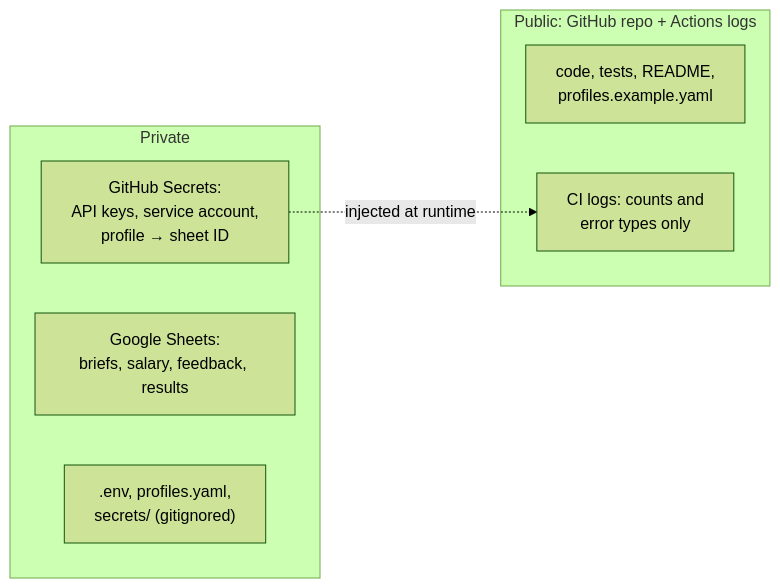
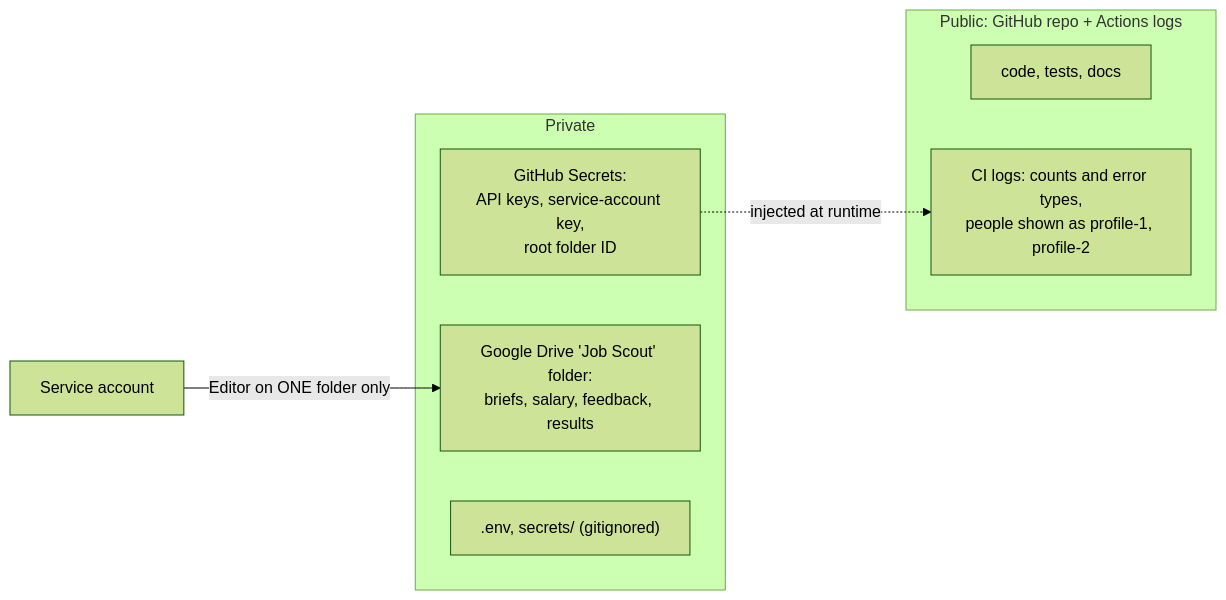
The fifth of 5 diagrams in docs/ARCHITECTURE.md (juliavasan/job-scout), drawn with Mermaid (forest theme) before and after one commit. The commit also changed other lines of this file and 12 other files, not shown here.

First line of the commit message:
Switch to Drive folder layout with a least-privilege service account

````diff
--- a/docs/ARCHITECTURE.md
+++ b/docs/ARCHITECTURE.md
@@ -189,13 +204,14 @@
 ```mermaid
 flowchart LR
     subgraph PUBLIC["Public: GitHub repo + Actions logs"]
-        CODE["code, tests, README,<br/>profiles.example.yaml"]
-        LOGS["CI logs: counts and<br/>error types only"]
+        CODE["code, tests, docs"]
+        LOGS["CI logs: counts and error types,<br/>people shown as profile-1, profile-2"]
     end
     subgraph PRIVATE["Private"]
-        SEC["GitHub Secrets:<br/>API keys, service account,<br/>profile → sheet ID"]
-        SHT["Google Sheets:<br/>briefs, salary, feedback, results"]
-        LOCAL[".env, profiles.yaml,<br/>secrets/ (gitignored)"]
+        SEC["GitHub Secrets:<br/>API keys, service-account key,<br/>root folder ID"]
+        DRV["Google Drive 'Job Scout' folder:<br/>briefs, salary, feedback, results"]
+        LOCAL[".env, secrets/ (gitignored)"]
     end
     SEC -.->|"injected at runtime"| LOGS
+    SA["Service account"] -->|"Editor on ONE folder only"| DRV
 ```
````
